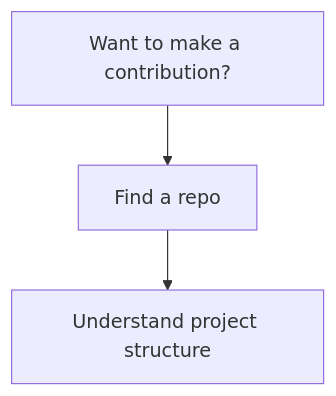
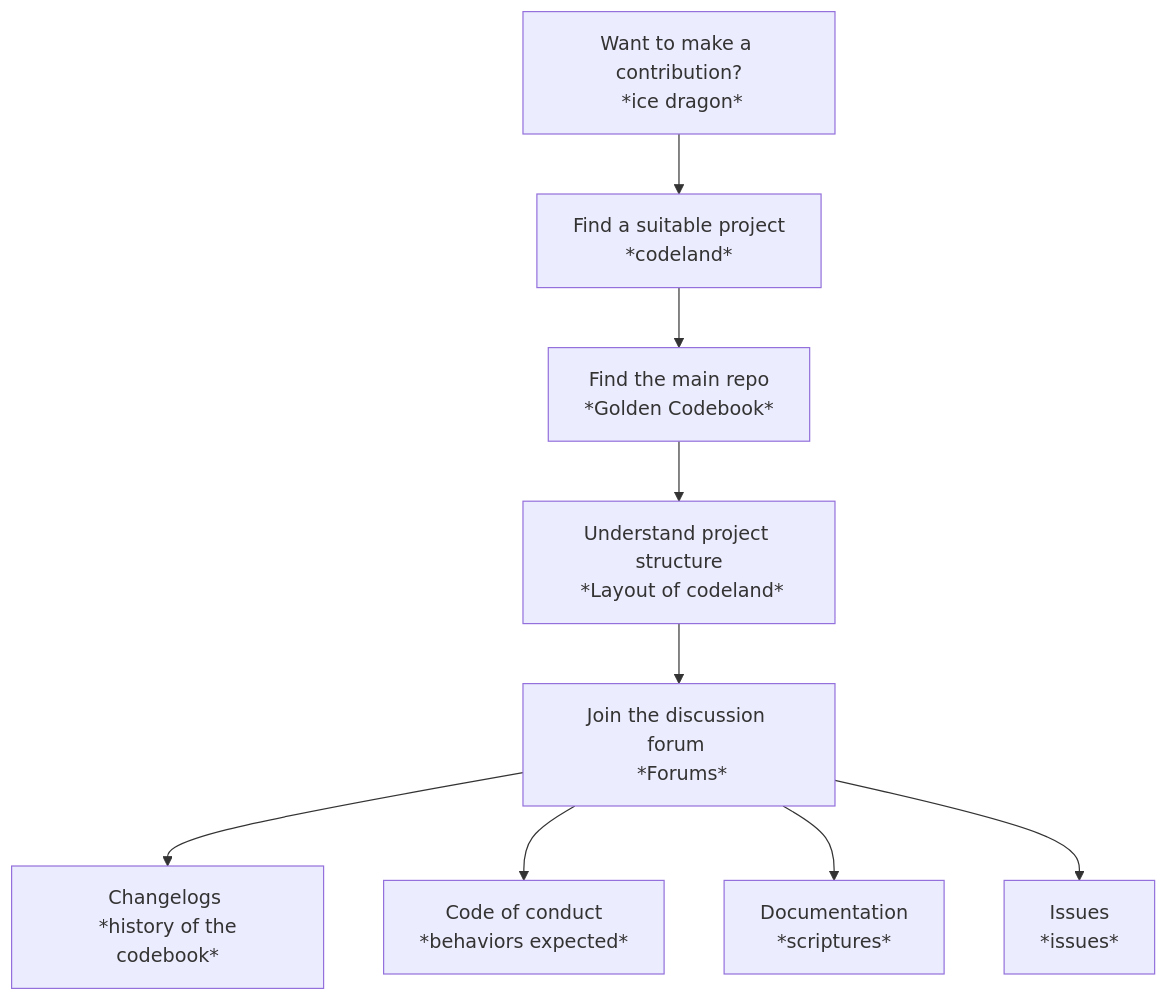
Before and after one commit to Prashant528/sample_story_for_storytelling: the first of 8 diagrams in docs/graphs_kitty.md, drawn with Mermaid. The commit also changed other lines of this file and 13 other files, not shown here.

Commit message:
Modified the graph

````diff
--- a/docs/graphs_kitty.md
+++ b/docs/graphs_kitty.md
@@ -10,7 +3,12 @@
 ```mermaid
 graph TD
-
-A[Want to make a contribution?]
-A --> B[Find a repo]
-B --> C[Understand project structure] 
+A[Want to make a contribution?\n *ice dragon*]
+A --> N[Find a suitable project\n *codeland*]
+N --> B[Find the main repo \n *Golden Codebook*]
+B --> C[Understand project structure\n *Layout of codeland*] 
+C --> D[Join the discussion forum \n *Forums*]
+D --> E[Changelogs \n *history of the codebook*]
+D --> F[Code of conduct \n *behaviors expected*]
+D --> G[Documentation \n *scriptures* ]
+D --> H[Issues \n *issues*]
 ```
````
